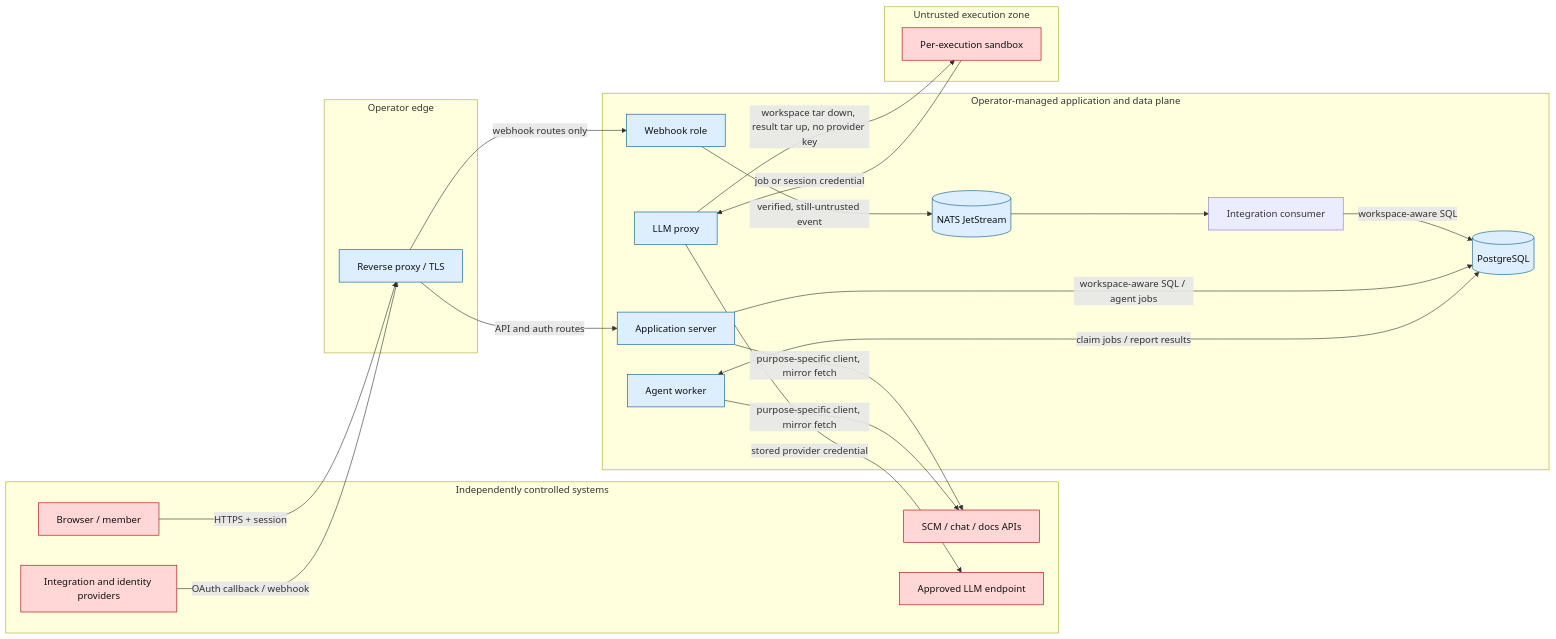
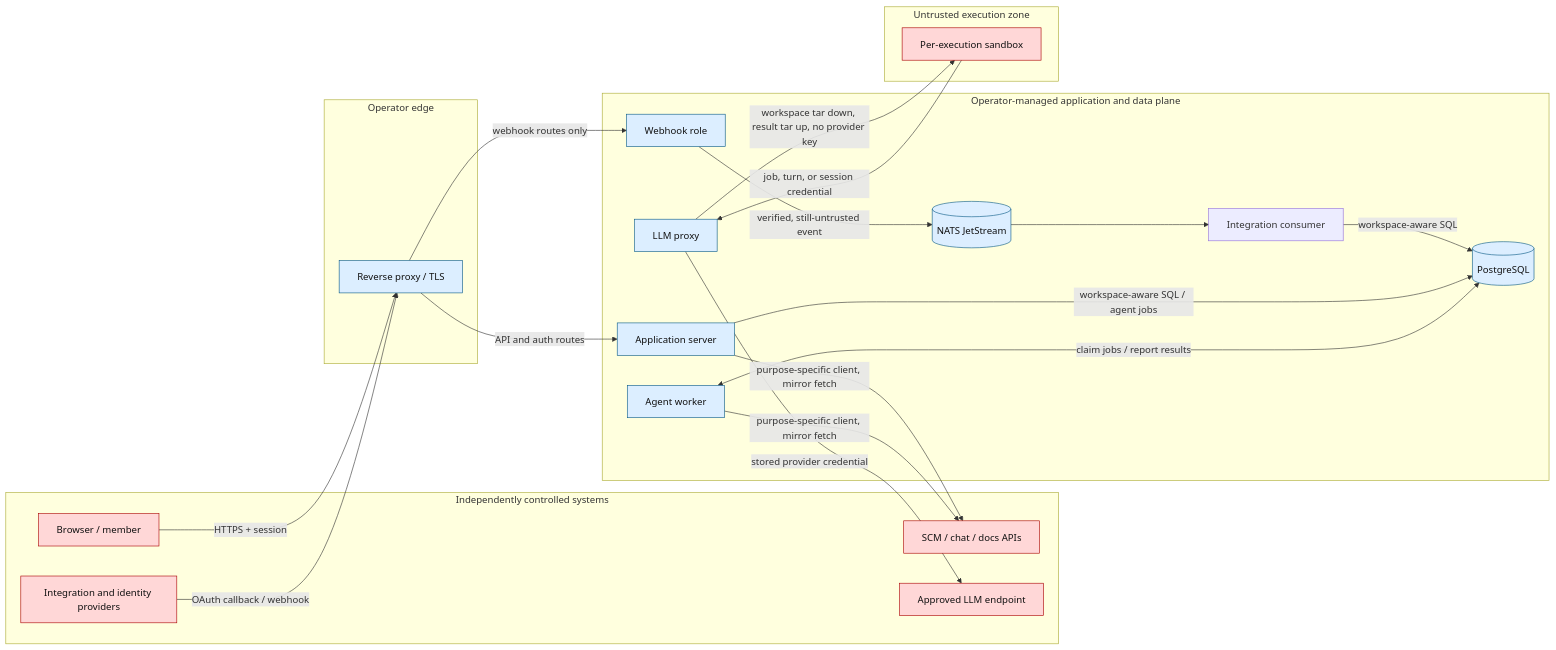
One commit to hephaestus-build/Hephaestus changed the diagram in docs/admin/threat-model.mdx. Above: the diagram before and after it, drawn with Mermaid. The commit also changed other lines of this file and 872 other files, not shown here.

````diff
--- a/docs/admin/threat-model.mdx
+++ b/docs/admin/threat-model.mdx
@@ -41,50 +41,50 @@
 ```mermaid
 flowchart LR
 accTitle: Hephaestus security data flow
 accDescr: The diagram separates independently controlled systems, the operator edge, the Hephaestus application and data plane, and untrusted sandbox execution. Users and providers cross the edge into application and webhook roles. Verified events enter JetStream, services access PostgreSQL, sandboxes exchange inputs, results and model requests with the worker's sandbox gateway, and the server and worker fetch repository mirrors from the SCM provider in-process.
 
   subgraph INTERNET[Independently controlled systems]
     U[Browser / member]
     V[Integration and identity providers]
     X[SCM / chat / docs APIs]
     M[Approved LLM endpoint]
   end
 
   subgraph EDGE[Operator edge]
     P[Reverse proxy / TLS]
   end
 
   subgraph PLANE[Operator-managed application and data plane]
     A[Application server]
     W[Webhook role]
     I[Integration consumer]
     C[Agent worker]
     L[LLM proxy]
     N[(NATS JetStream)]
     DB[(PostgreSQL)]
   end
 
   subgraph EXECUTION[Untrusted execution zone]
     S[Per-execution sandbox]
   end
 
   U -->|HTTPS + session| P
   V -->|OAuth callback / webhook| P
   P -->|API and auth routes| A
   P -->|webhook routes only| W
   W -->|verified, still-untrusted event| N
   N --> I
   I -->|workspace-aware SQL| DB
   A -->|workspace-aware SQL / agent jobs| DB
   C <-->|claim jobs / report results| DB
-  S -->|job or session credential| L
+  S -->|job, turn, or session credential| L
   L -->|workspace tar down, result tar up, no provider key| S
   L -->|stored provider credential| M
   A -->|purpose-specific client, mirror fetch| X
   C -->|purpose-specific client, mirror fetch| X
 
   classDef external fill:#ffd7d7,stroke:#a00,color:#111
   classDef managed fill:#dceeff,stroke:#075985,color:#111
   class U,V,X,M,S external
   class P,A,W,C,L,N,DB managed
 ```
````
